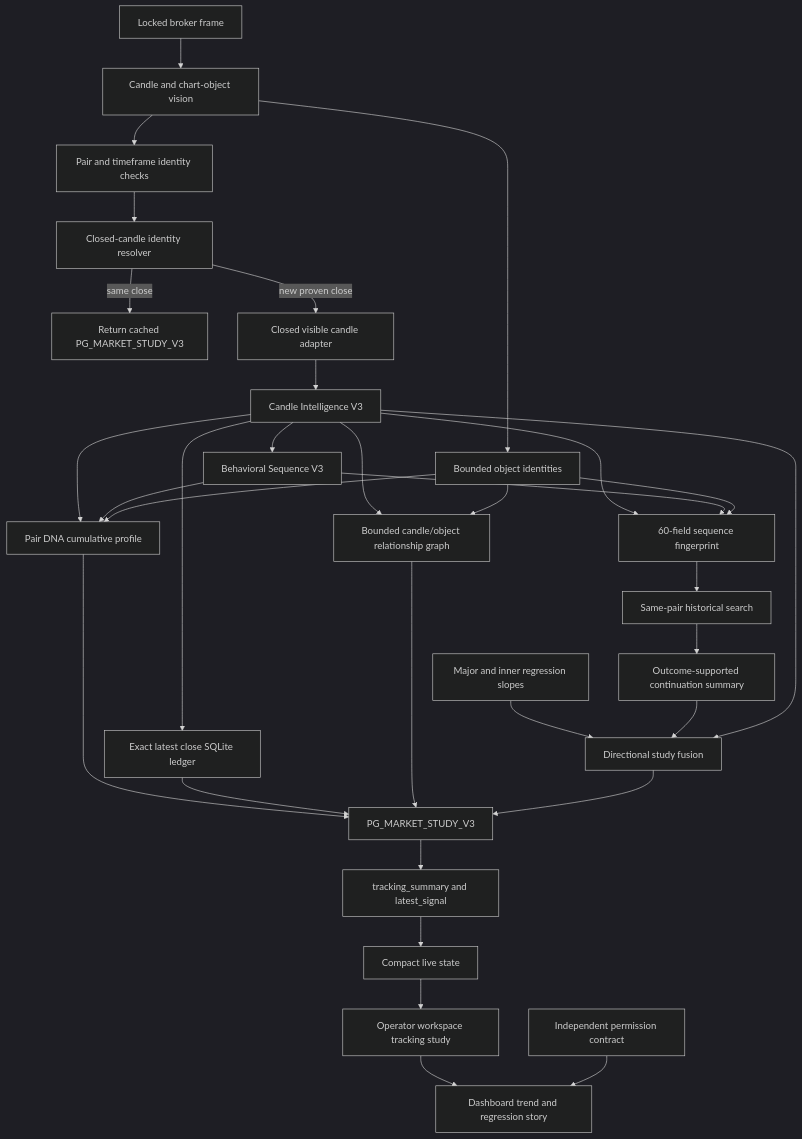
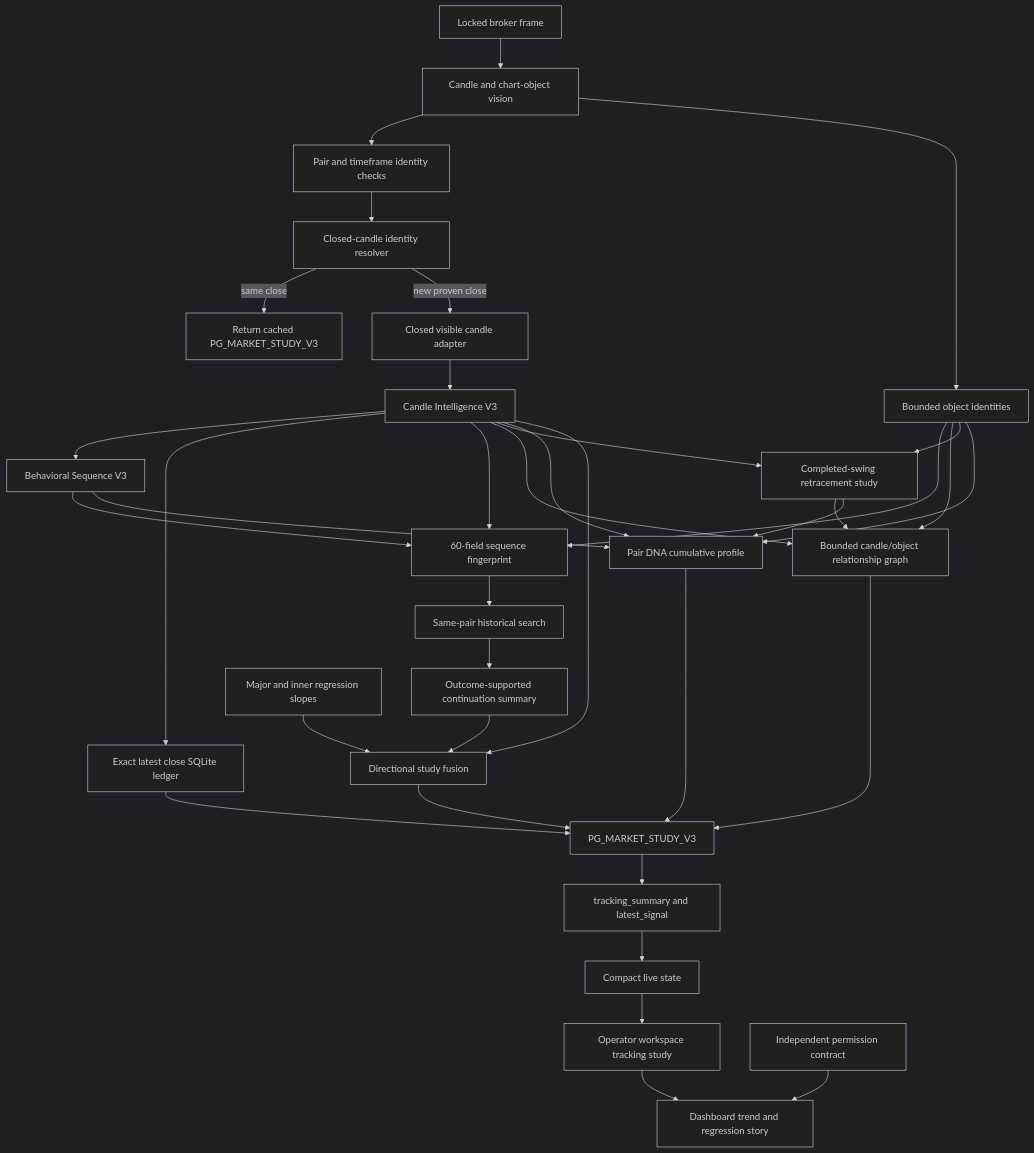
The diagram in phoenixguard/docs/architecture/PHOENIXGUARD_V3_MARKET_STUDY_BLUEPRINT.md (masterkush808/phoenixguard-private-backup-20260507), drawn with Mermaid (dark theme) before and after one commit. The commit also changed other lines of this file and 18 other files, not shown here.

Commit message:
feat(v3): add causal retracement confluence study

````diff
--- a/phoenixguard/docs/architecture/PHOENIXGUARD_V3_MARKET_STUDY_BLUEPRINT.md
+++ b/phoenixguard/docs/architecture/PHOENIXGUARD_V3_MARKET_STUDY_BLUEPRINT.md
@@ -56,34 +59,38 @@
 ```mermaid
 flowchart TD
     A[Locked broker frame] --> B[Candle and chart-object vision]
     B --> C[Pair and timeframe identity checks]
     C --> D[Closed-candle identity resolver]
     D -->|same close| E[Return cached PG_MARKET_STUDY_V3]
     D -->|new proven close| F[Closed visible candle adapter]
     F --> G[Candle Intelligence V3]
     G --> H[Behavioral Sequence V3]
     G --> V[Exact latest close SQLite ledger]
     G --> I[60-field sequence fingerprint]
     H --> I
     B --> J[Bounded object identities]
     J --> I
     G --> W[Bounded candle/object relationship graph]
     J --> W
+    G --> X[Completed-swing retracement study]
+    J --> X
+    X --> W
+    X --> M
     I --> K[Same-pair historical search]
     K --> L[Outcome-supported continuation summary]
     G --> M[Pair DNA cumulative profile]
     H --> M
     J --> M
     N[Major and inner regression slopes] --> O[Directional study fusion]
     L --> O
     G --> O
     M --> P[PG_MARKET_STUDY_V3]
     V --> P
     W --> P
     O --> P
     P --> Q[tracking_summary and latest_signal]
     Q --> R[Compact live state]
     R --> S[Operator workspace tracking study]
     S --> T[Dashboard trend and regression story]
     U[Independent permission contract] --> T
 ```
````
